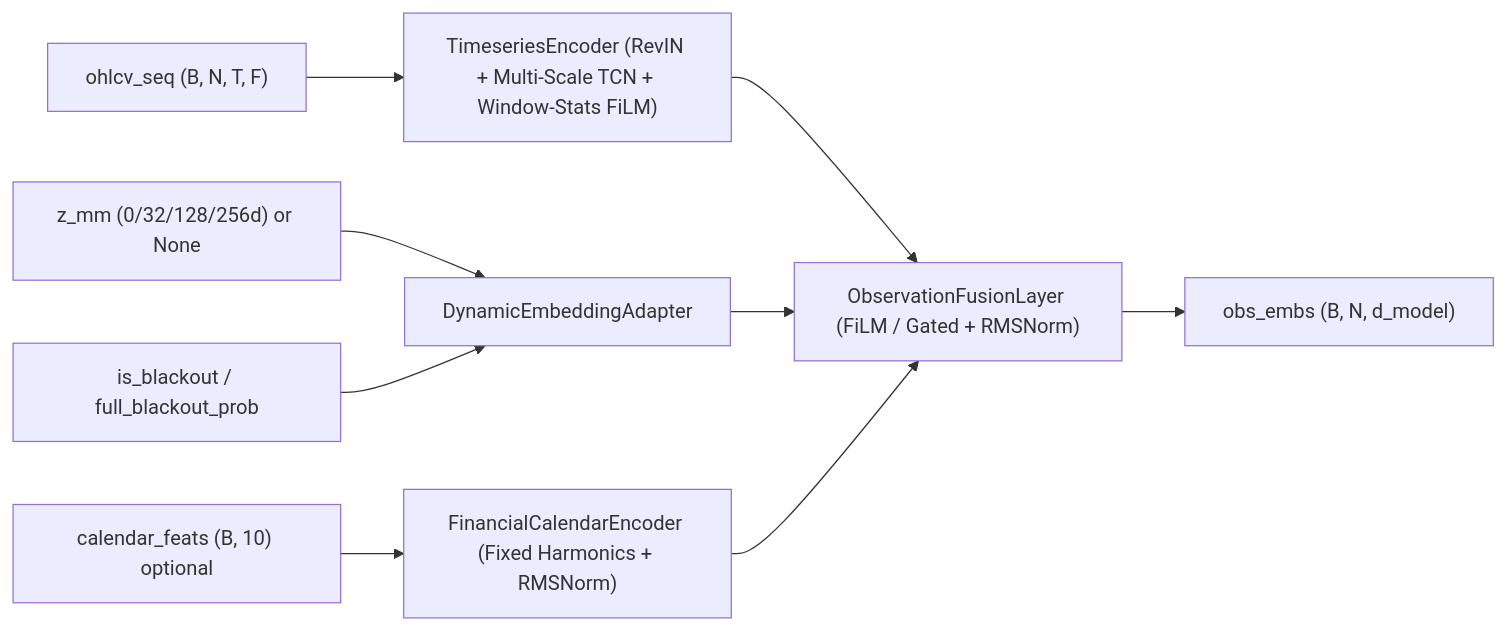
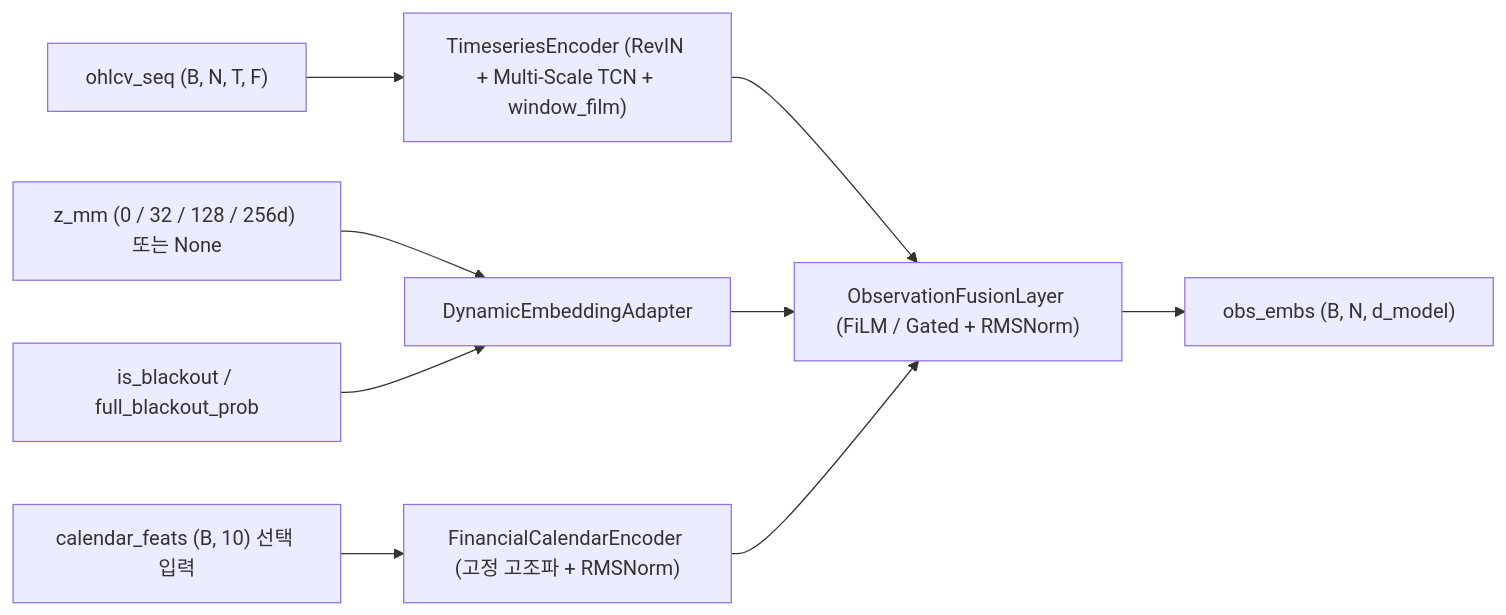
Before and after one commit to zerostreet/zerosteer: the diagram in openwiki/architecture/backbone-and-adapters.md, drawn with Mermaid. The commit also changed other lines of this file and 16 other files, not shown here.

````diff
--- a/openwiki/architecture/backbone-and-adapters.md
+++ b/openwiki/architecture/backbone-and-adapters.md
@@ -45,11 +33,11 @@
 ```mermaid
 flowchart LR
-    OHLCV["ohlcv_seq (B, N, T, F)"] --> TS["TimeseriesEncoder (RevIN + Multi-Scale TCN + Window-Stats FiLM)"]
-    ZMM["z_mm (0/32/128/256d) or None"] --> DEA["DynamicEmbeddingAdapter"]
+    OHLCV["ohlcv_seq (B, N, T, F)"] --> TS["TimeseriesEncoder (RevIN + Multi-Scale TCN + window_film)"]
+    ZMM["z_mm (0 / 32 / 128 / 256d) 또는 None"] --> DEA["DynamicEmbeddingAdapter"]
     BLK["is_blackout / full_blackout_prob"] --> DEA
-    CAL["calendar_feats (B, 10) optional"] --> FCE["FinancialCalendarEncoder (Fixed Harmonics + RMSNorm)"]
+    CAL["calendar_feats (B, 10) 선택 입력"] --> FCE["FinancialCalendarEncoder (고정 고조파 + RMSNorm)"]
     TS --> FUSE["ObservationFusionLayer (FiLM / Gated + RMSNorm)"]
     DEA --> FUSE
     FCE --> FUSE
     FUSE --> OBS["obs_embs (B, N, d_model)"]
 ```
````
